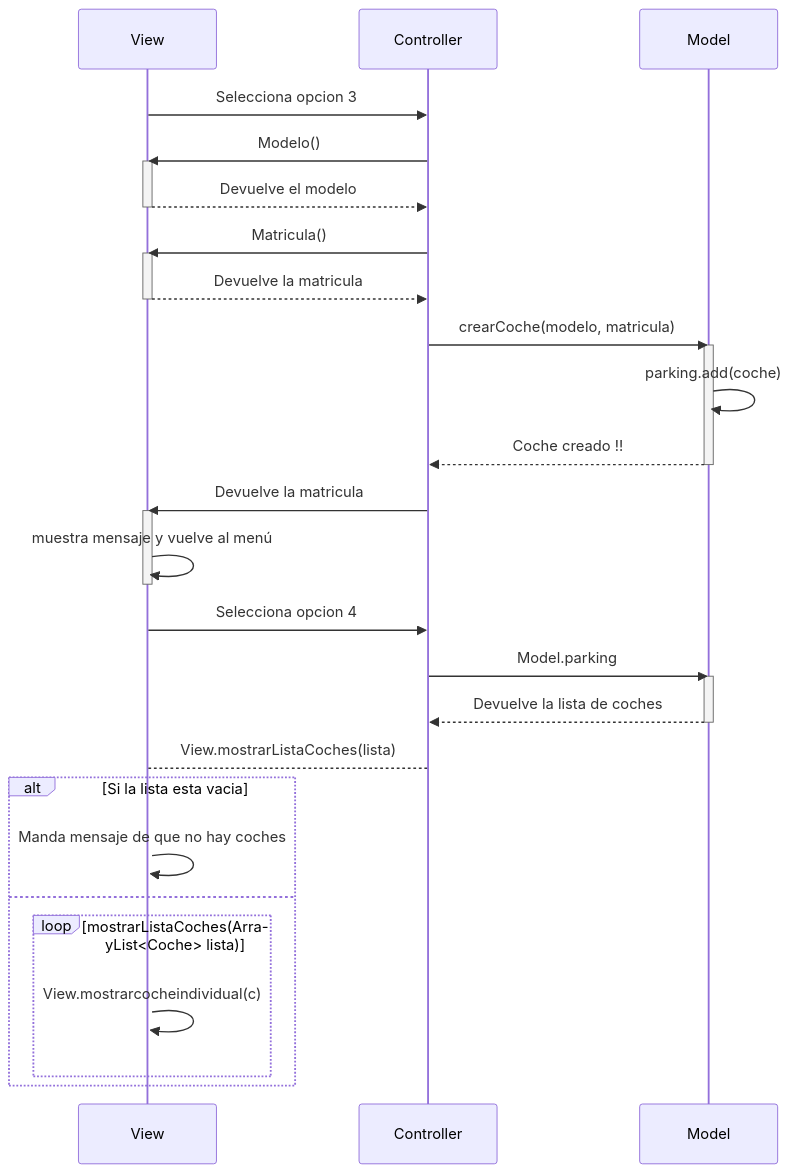
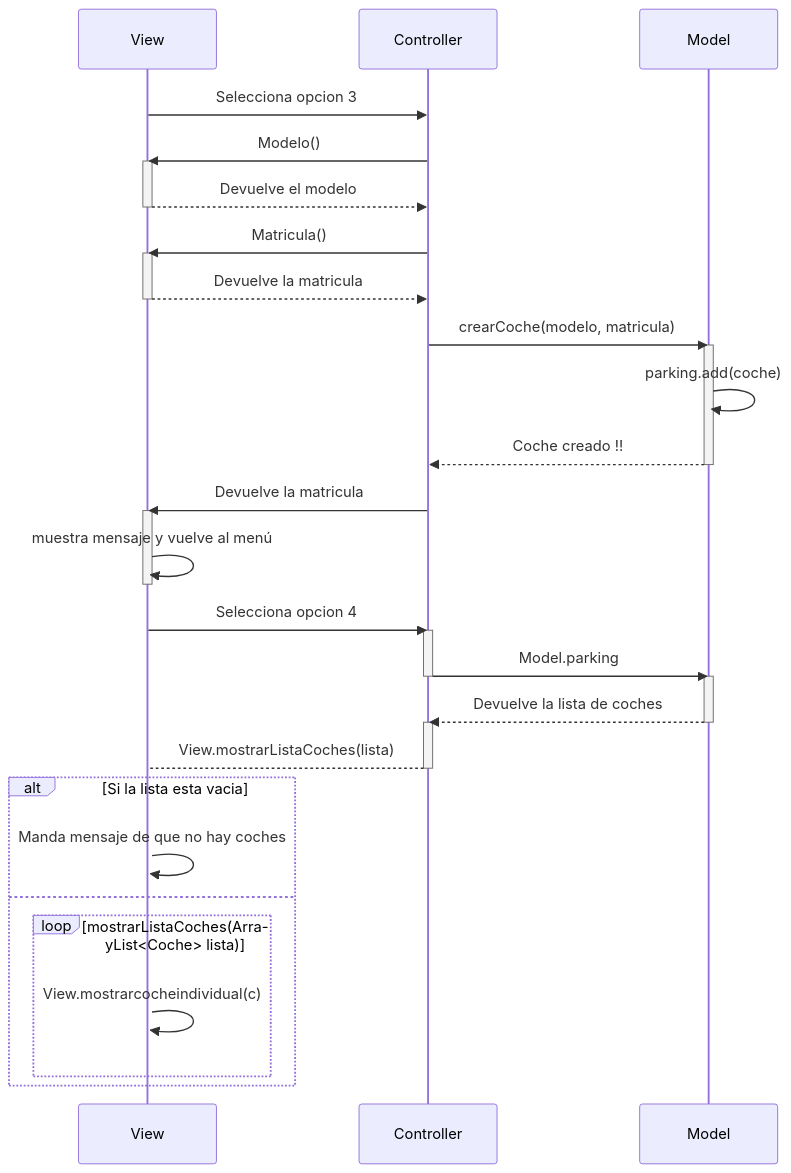
The second of 2 diagrams in Readme.md (shermidagre/COD), drawn with Mermaid before and after one commit.

Commit message:
prueba en la lista de coches

````diff
--- a/Readme.md
+++ b/Readme.md
@@ -37,46 +37,50 @@
 ```mermaid
 sequenceDiagram
 participant View
 participant Controller
 participant Model
 
     View->>Controller: Selecciona opcion 3
     Controller->>View: Modelo()
     activate View
     View-->>Controller: Devuelve el modelo
     deactivate View
     
     Controller->>View: Matricula()
     activate View
     View-->>Controller: Devuelve la matricula
     deactivate View
     
     Controller->>Model: crearCoche(modelo, matricula)
     activate Model
     Model->>Model: parking.add(coche)
     Model-->>Controller: Coche creado !!
     deactivate Model
     
     Controller->>View: Devuelve la matricula
     activate View
     View->>View: muestra mensaje y vuelve al menú
     deactivate View
     
     View->>Controller: Selecciona opcion 4
+    activate Controller
     Controller->>Model: Model.parking
+    deactivate Controller
     activate Model
     Model-->>Controller: Devuelve la lista de coches
     deactivate Model
+    activate Controller
     Controller-->View: View.mostrarListaCoches(lista)
+    deactivate Controller
     activate View
     alt Si la lista esta vacia
     View->>View: Manda mensaje de que no hay coches
     else 
         loop mostrarListaCoches(ArrayList<Coche> lista) 
             View->>View: View.mostrarcocheindividual(c)
         end
         end
     
     
     
 ```
````
